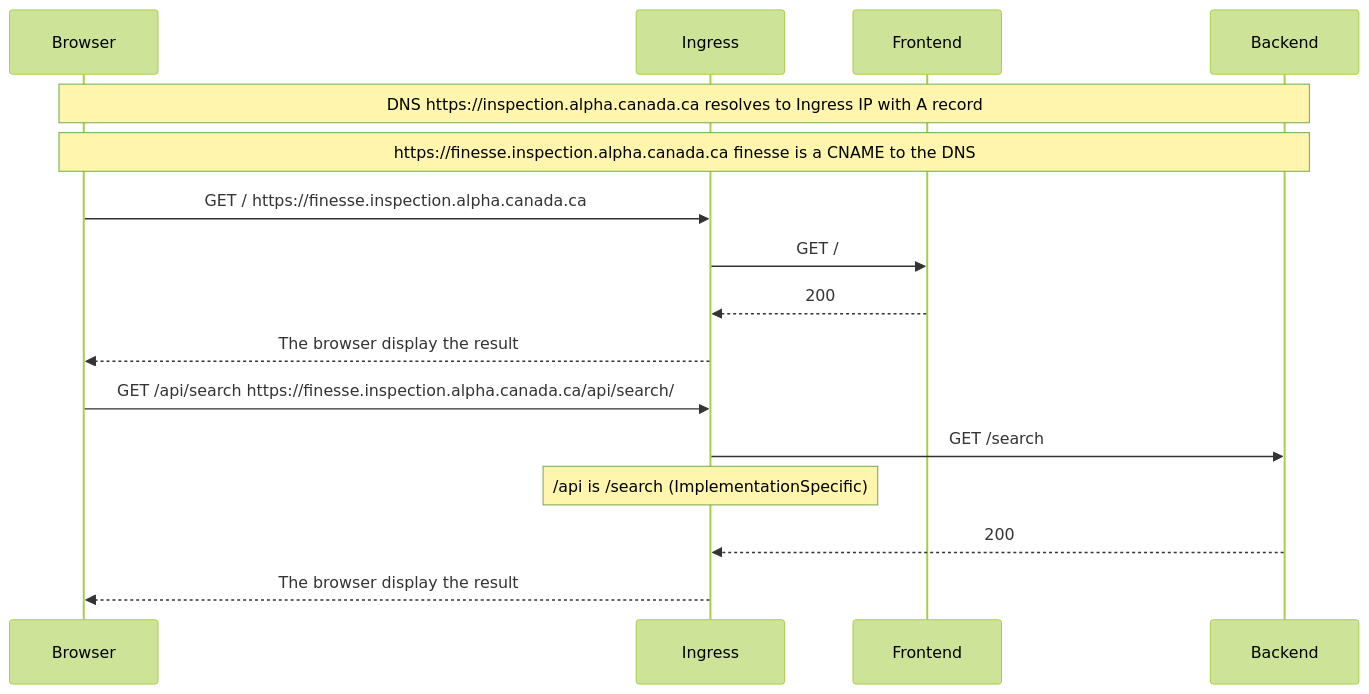
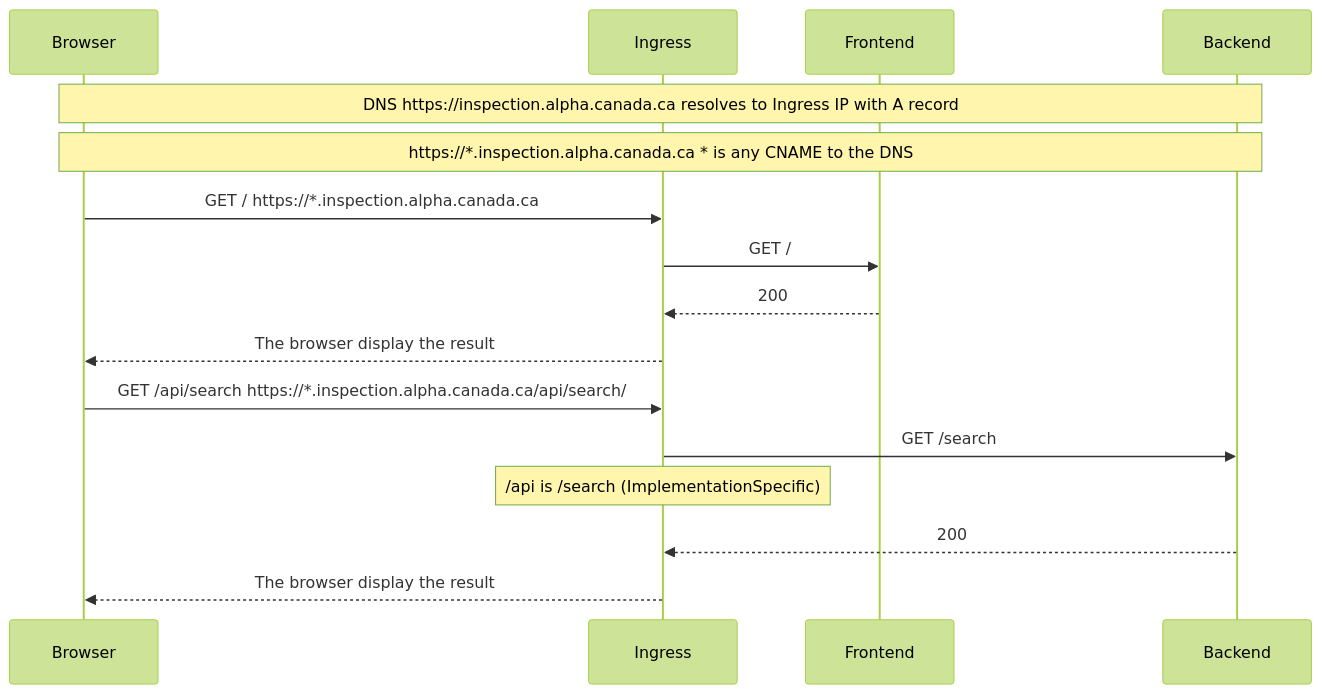
Before and after one commit to ai-cfia/howard: the diagram in docs/ingress.md, drawn with Mermaid (forest theme). The commit also changed other lines of this file, not shown here.

Commit message:
issue #25: fixed issues for ingress diagrams

````diff
--- a/docs/ingress.md
+++ b/docs/ingress.md
@@ -37,21 +43,21 @@
 ```mermaid
 sequenceDiagram
     participant Browser
     participant Ingress
     participant Frontend
     participant Backend
 
     Note over Browser,Backend: DNS https://inspection.alpha.canada.ca resolves to Ingress IP with A record
-    Note over Browser,Backend: https://finesse.inspection.alpha.canada.ca finesse is a CNAME to the DNS
+    Note over Browser,Backend: https://*.inspection.alpha.canada.ca * is any CNAME to the DNS
 
-    Browser->>Ingress: GET / https://finesse.inspection.alpha.canada.ca
+    Browser->>Ingress: GET / https://*.inspection.alpha.canada.ca
     Ingress->>Frontend: GET /
     Frontend-->>Ingress: 200
     Ingress-->>Browser: The browser display the result
 
-    Browser->>Ingress: GET /api/search https://finesse.inspection.alpha.canada.ca/api/search/
+    Browser->>Ingress: GET /api/search https://*.inspection.alpha.canada.ca/api/search/
     Ingress->>Backend: GET /search
     Note over Ingress: /api is /search (ImplementationSpecific)
     Backend-->>Ingress: 200
     Ingress-->>Browser: The browser display the result
 ```
````
